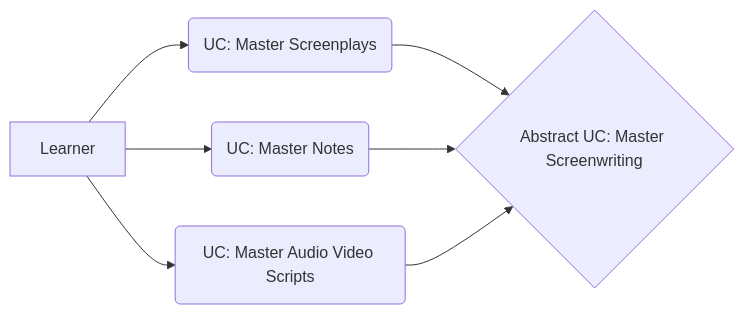
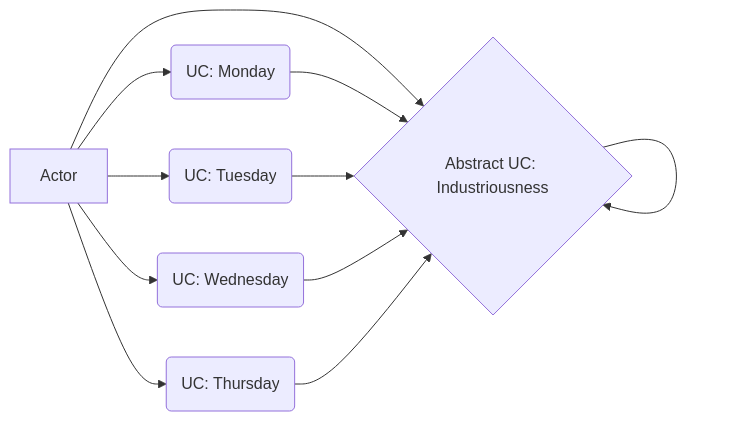
Before and after one commit to vanHeemstraSystems/industriousness: the first of 2 diagrams in 300/README.md, drawn with Mermaid. The commit also changed other lines of this file, not shown here.

````diff
--- a/300/README.md
+++ b/300/README.md
@@ -3,9 +5,13 @@
 ```mermaid
 flowchart LR
-  A[Learner] --> B(UC: Master Screenplays)
-  A[Learner] --> C(UC: Master Notes)
-  A[Learner] --> D(UC: Master Audio Video Scripts) 
-  B --> F{Abstract UC: Master Screenwriting}
-  C --> F{Abstract UC: Master Screenwriting}
-  D --> F{Abstract UC: Master Screenwriting}
+  A[Actor] --> B(UC: Monday)
+  A[Actor] --> C(UC: Tuesday)
+  A[Actor] --> D(UC: Wednesday)
+  A[Actor] --> E(UC: Thursday)
+  A[Actor] --> F(UC: Friday)
+  B --> F{Abstract UC: Industriousness}
+  C --> F{Abstract UC: Industriousness}
+  D --> F{Abstract UC: Industriousness}
+  E --> F{Abstract UC: Industriousness}
+  F --> F{Abstract UC: Industriousness}
 ```
````
